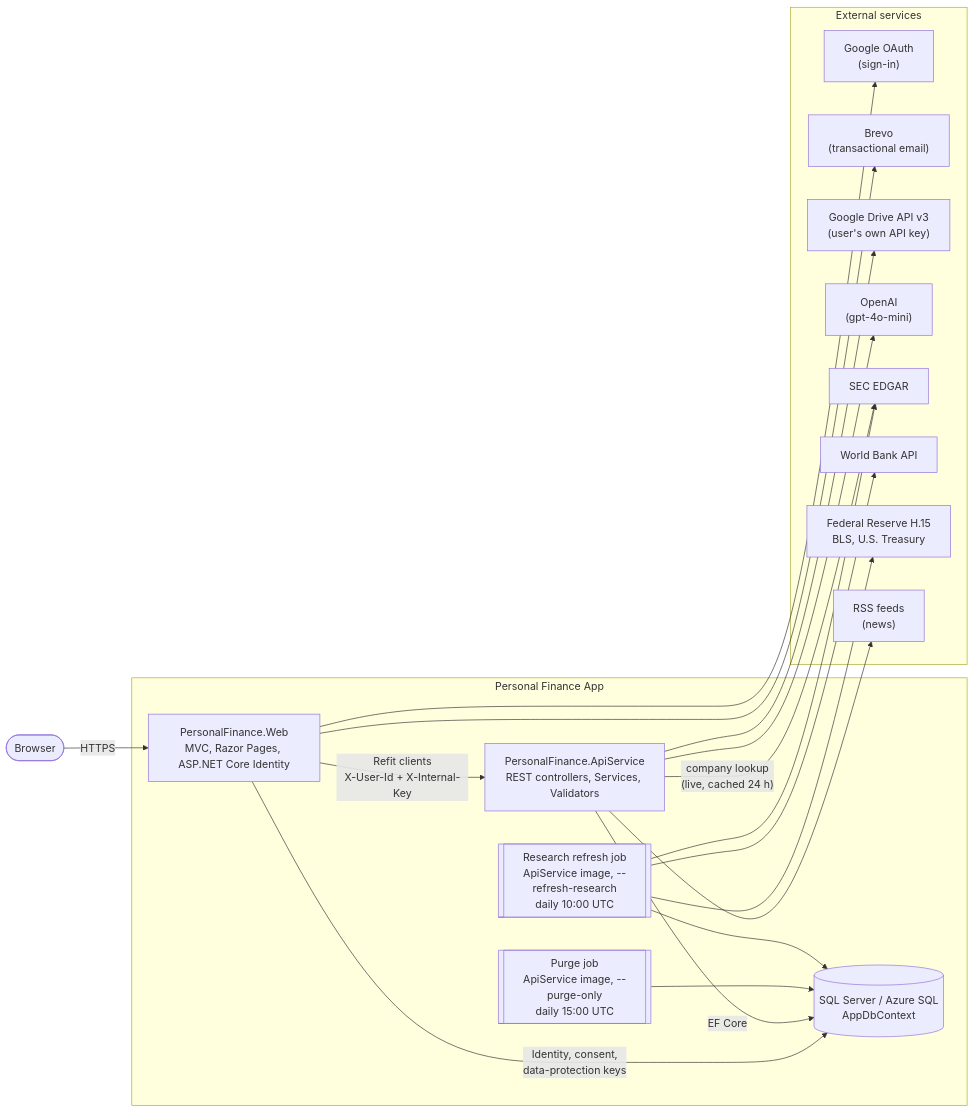
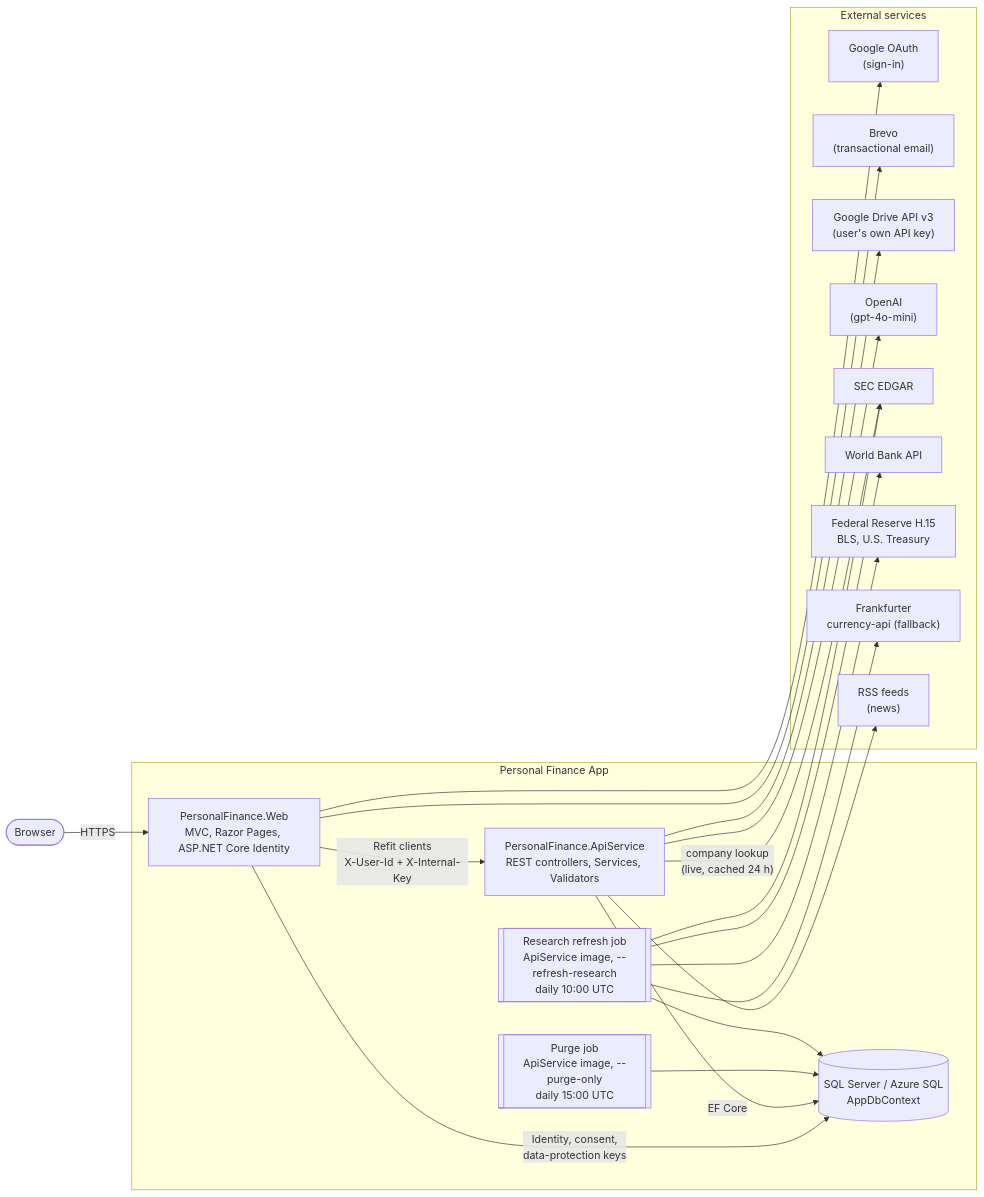
The first of 26 diagrams in docs/DIAGRAMS.md (tngo0508/PersonalFinance), drawn with Mermaid before and after one commit. The commit also changed other lines of this file and 68 other files, not shown here.

````diff
--- a/docs/DIAGRAMS.md
+++ b/docs/DIAGRAMS.md
@@ -48,34 +48,35 @@
 ```mermaid
 flowchart LR
     user(["Browser"])
 
     subgraph app["Personal Finance App"]
         web["PersonalFinance.Web<br/>MVC, Razor Pages, ASP.NET Core Identity"]
         api["PersonalFinance.ApiService<br/>REST controllers, Services, Validators"]
         db[("SQL Server / Azure SQL<br/>AppDbContext")]
         purge[["Purge job<br/>ApiService image, --purge-only<br/>daily 15:00 UTC"]]
         refresh[["Research refresh job<br/>ApiService image, --refresh-research<br/>daily 10:00 UTC"]]
     end
 
     subgraph ext["External services"]
         goauth["Google OAuth<br/>(sign-in)"]
         brevo["Brevo<br/>(transactional email)"]
         gdrive["Google Drive API v3<br/>(user's own API key)"]
         openai["OpenAI<br/>(gpt-4o-mini)"]
         sec["SEC EDGAR"]
         wb["World Bank API"]
         fed["Federal Reserve H.15<br/>BLS, U.S. Treasury"]
+        fx["Frankfurter<br/>currency-api (fallback)"]
         rss["RSS feeds<br/>(news)"]
     end
 
     user -- "HTTPS" --> web
     web -- "Refit clients<br/>X-User-Id + X-Internal-Key" --> api
     web -- "Identity, consent,<br/>data-protection keys" --> db
     api -- "EF Core" --> db
     purge --> db
     refresh --> db
-    refresh --> sec & wb & fed
+    refresh --> sec & wb & fed & fx
     web --> goauth & brevo
     api --> gdrive & openai & rss
     api -- "company lookup<br/>(live, cached 24 h)" --> sec
 ```
````
